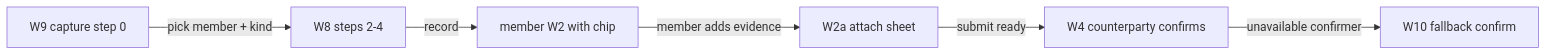
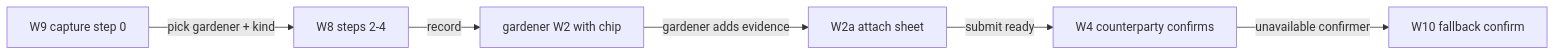
The eighth of 14 diagrams in .plans/active/commitment-pooling/prototypes.md (greenpill-dev-guild/green-goods), drawn with Mermaid before and after one commit. The commit also changed other lines of this file and 20 other files, not shown here.

````diff
--- a/.plans/active/commitment-pooling/prototypes.md
+++ b/.plans/active/commitment-pooling/prototypes.md
@@ -383,8 +383,8 @@
 ```mermaid
 flowchart LR
-  A["W9 capture step 0"] -->|"pick member + kind"| B["W8 steps 2-4"]
-  B -->|"record"| C["member W2 with chip"]
-  C -->|"member adds evidence"| D["W2a attach sheet"]
+  A["W9 capture step 0"] -->|"pick gardener + kind"| B["W8 steps 2-4"]
+  B -->|"record"| C["gardener W2 with chip"]
+  C -->|"gardener adds evidence"| D["W2a attach sheet"]
   D -->|"submit ready"| E["W4 counterparty confirms"]
   E -->|"unavailable confirmer"| F["W10 fallback confirm"]
 ```
````
